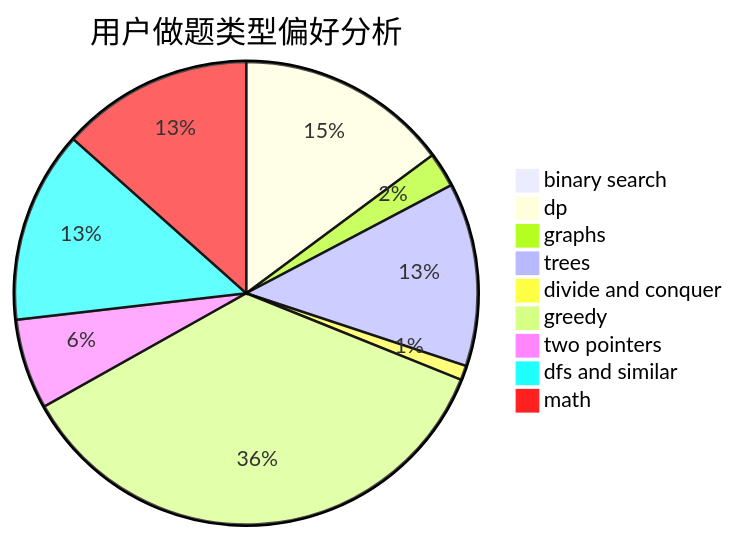
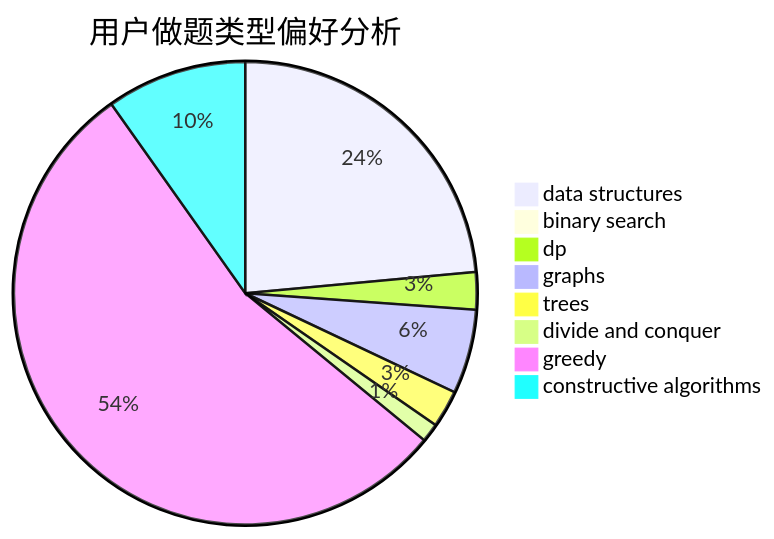
The second of 3 diagrams in docs/user/u2043.md (sherpahu/cfrs.github.io), drawn with Mermaid before and after one commit. The commit also changed other lines of this file and 2775 other files, not shown here.

````diff
--- a/docs/user/u2043.md
+++ b/docs/user/u2043.md
@@ -23,12 +23,11 @@
 ```mermaid
 pie title 用户做题类型偏好分析
-    "binary search" :  1
-    "dp" :  73
-    "graphs" :  12
-    "trees" :  63
-    "divide and conquer" :  5
-    "greedy" :  176
-    "two pointers" :  31
-    "dfs and similar" :  66
-    "math" :  66
+    "data structures" :  36
+    "binary search" :  0
+    "dp" :  4
+    "graphs" :  9
+    "trees" :  4
+    "divide and conquer" :  2
+    "greedy" :  83
+    "constructive algorithms" :  15
 ```
````
